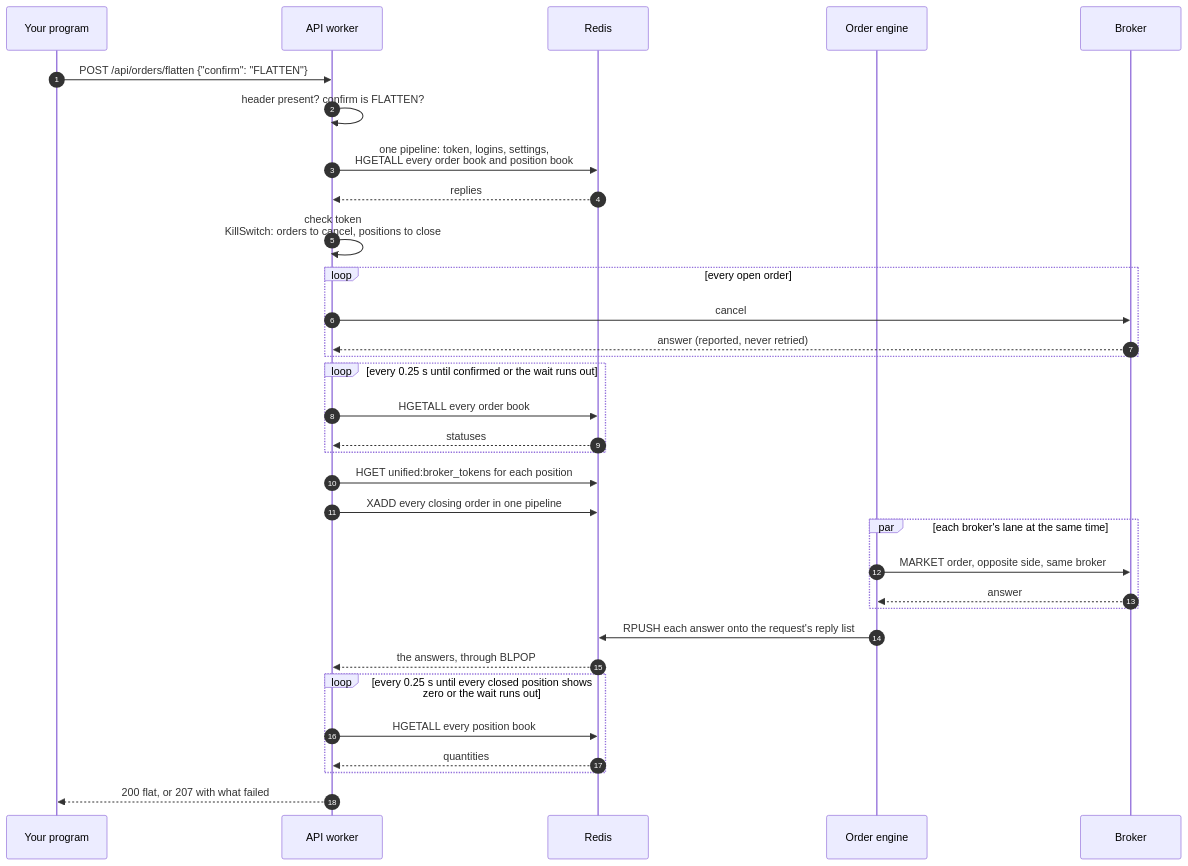
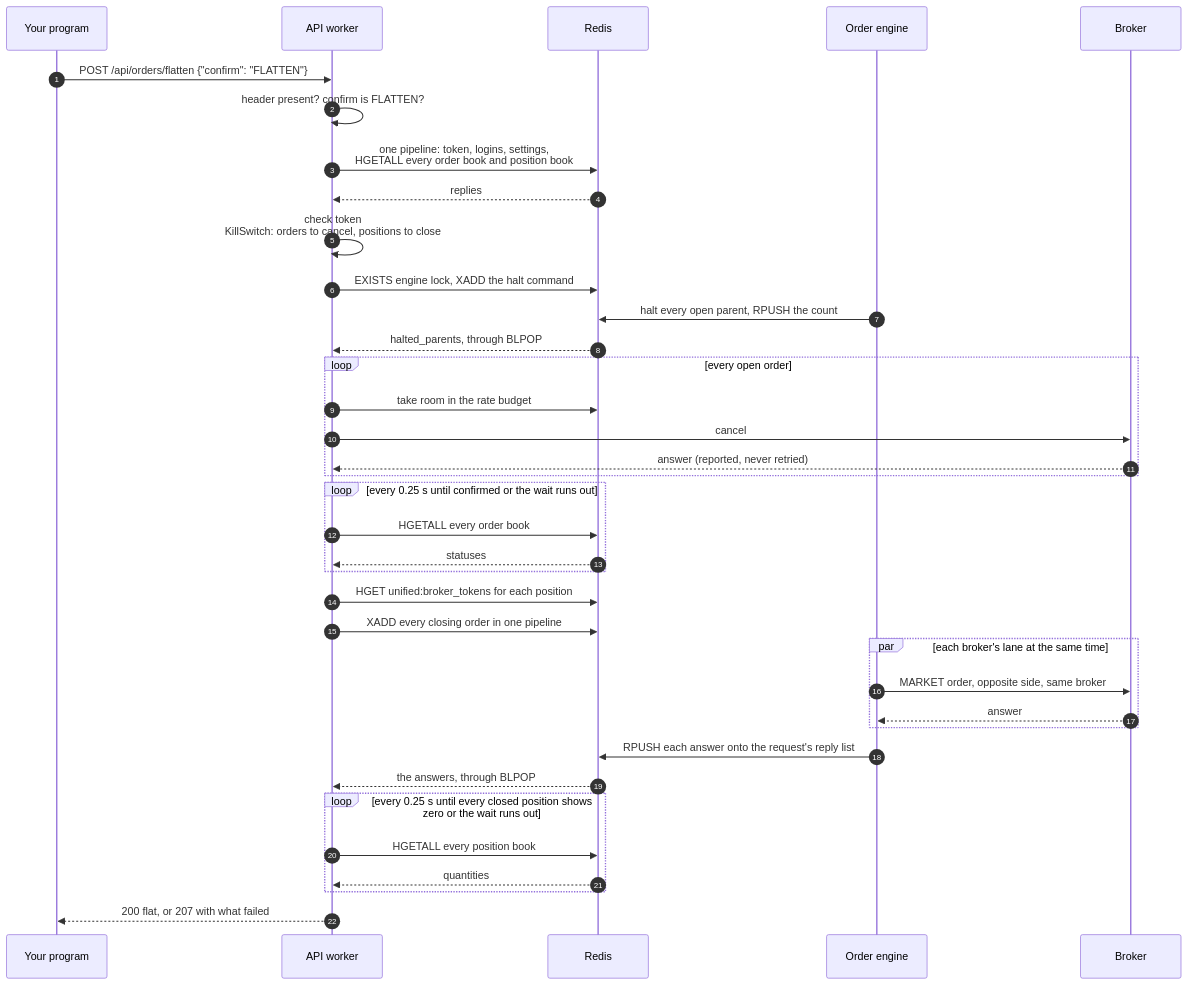
Before and after one commit to pramodathani/unified_broker_interface: the diagram in docs/rest-api/flatten.md, drawn with Mermaid. The commit also changed other lines of this file and 28 other files, not shown here.

````diff
--- a/docs/rest-api/flatten.md
+++ b/docs/rest-api/flatten.md
@@ -281,35 +285,39 @@
 ```mermaid
 sequenceDiagram
     autonumber
     participant C as Your program
     participant A as API worker
     participant R as Redis
     participant E as Order engine
     participant B as Broker
     C->>A: POST /api/orders/flatten {"confirm": "FLATTEN"}
     A->>A: header present? confirm is FLATTEN?
     A->>R: one pipeline: token, logins, settings,<br/>HGETALL every order book and position book
     R-->>A: replies
     A->>A: check token<br/>KillSwitch: orders to cancel, positions to close
+    A->>R: EXISTS engine lock, XADD the halt command
+    E->>R: halt every open parent, RPUSH the count
+    R-->>A: halted_parents, through BLPOP
     loop every open order
+        A->>R: take room in the rate budget
         A->>B: cancel
         B-->>A: answer (reported, never retried)
     end
     loop every 0.25 s until confirmed or the wait runs out
         A->>R: HGETALL every order book
         R-->>A: statuses
     end
     A->>R: HGET unified:broker_tokens for each position
     A->>R: XADD every closing order in one pipeline
     par each broker's lane at the same time
         E->>B: MARKET order, opposite side, same broker
         B-->>E: answer
     end
     E->>R: RPUSH each answer onto the request's reply list
     R-->>A: the answers, through BLPOP
     loop every 0.25 s until every closed position shows zero or the wait runs out
         A->>R: HGETALL every position book
         R-->>A: quantities
     end
     A-->>C: 200 flat, or 207 with what failed
 ```
````
